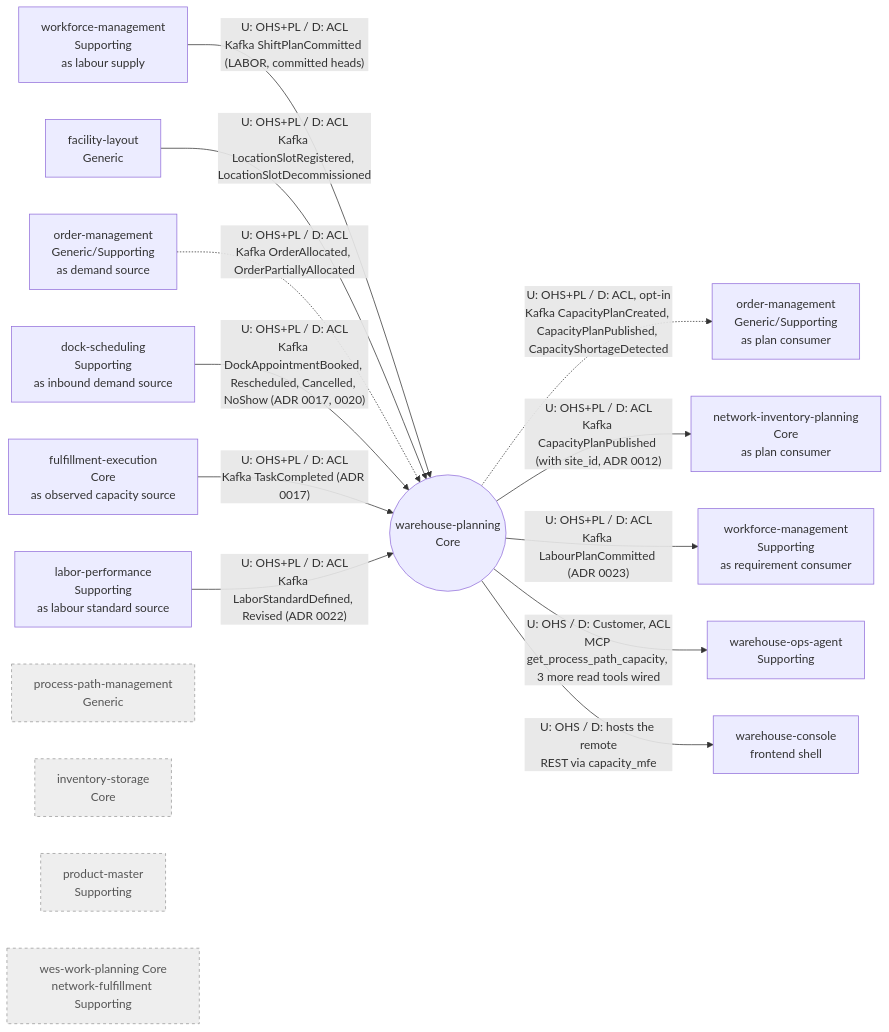
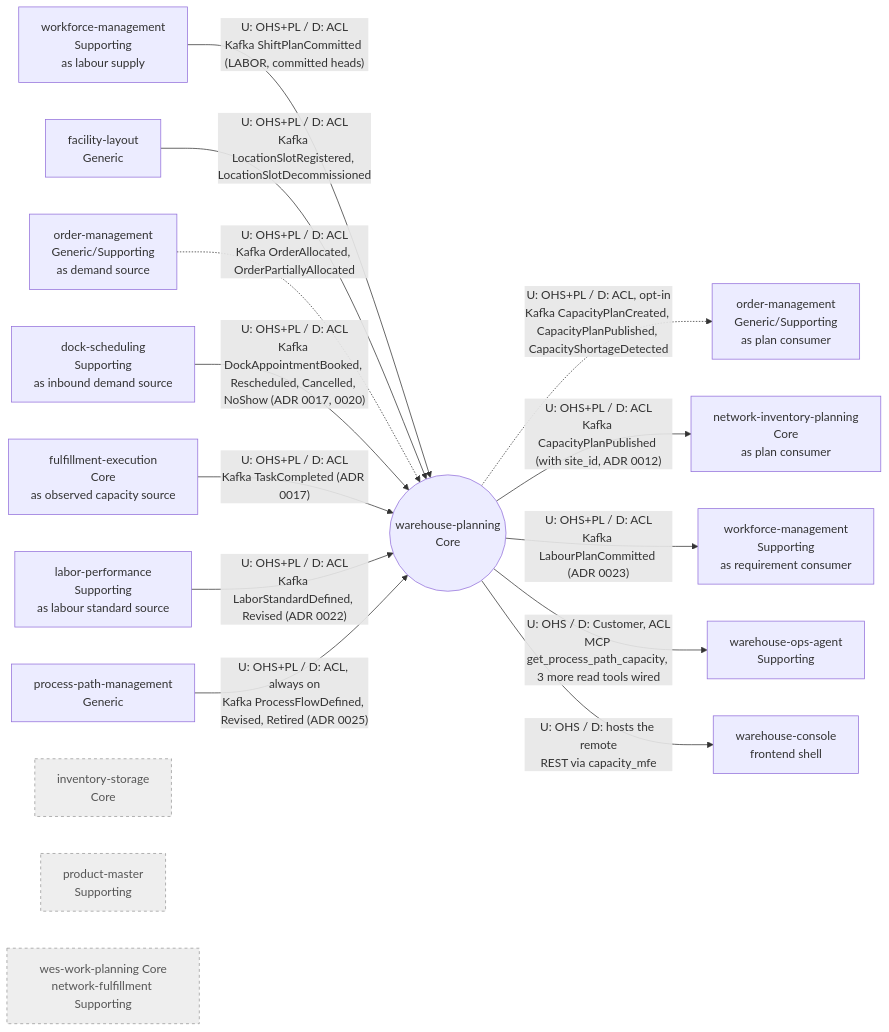
Before and after one commit to IQVO/warehouse-planning: the diagram in docs/docs/ddd/context-map.md, drawn with Mermaid. The commit also changed other lines of this file and 15 other files, not shown here.

First line of the commit message:
docs: the ProcessFlow consumer across README, docs pages and the ADR status notes (ADR 0025)

````diff
--- a/docs/docs/ddd/context-map.md
+++ b/docs/docs/ddd/context-map.md
@@ -16,39 +16,39 @@
 ```mermaid
 flowchart LR
   WP(("warehouse-planning<br/>Core"))
 
   WFM["workforce-management<br/>Supporting<br/>as labour supply"]
   WFMD["workforce-management<br/>Supporting<br/>as requirement consumer"]
   FL["facility-layout<br/>Generic"]
   OMU["order-management<br/>Generic/Supporting<br/>as demand source"]
   OMD["order-management<br/>Generic/Supporting<br/>as plan consumer"]
   DSC["dock-scheduling<br/>Supporting<br/>as inbound demand source"]
   FEX["fulfillment-execution<br/>Core<br/>as observed capacity source"]
   LPF["labor-performance<br/>Supporting<br/>as labour standard source"]
   OPS["warehouse-ops-agent<br/>Supporting"]
   CON["warehouse-console<br/>frontend shell"]
   PPM["process-path-management<br/>Generic"]
   INV["inventory-storage<br/>Core"]
   PM["product-master<br/>Supporting"]
   NIP["network-inventory-planning<br/>Core<br/>as plan consumer"]
   LATER["wes-work-planning Core<br/>network-fulfillment Supporting"]
 
   WFM -- "U: OHS+PL / D: ACL<br/>Kafka ShiftPlanCommitted (LABOR, committed heads)" --> WP
   FL -- "U: OHS+PL / D: ACL<br/>Kafka LocationSlotRegistered, LocationSlotDecommissioned" --> WP
   OMU -. "U: OHS+PL / D: ACL<br/>Kafka OrderAllocated, OrderPartiallyAllocated" .-> WP
   DSC -- "U: OHS+PL / D: ACL<br/>Kafka DockAppointmentBooked, Rescheduled, Cancelled, NoShow (ADR 0017, 0020)" --> WP
   FEX -- "U: OHS+PL / D: ACL<br/>Kafka TaskCompleted (ADR 0017)" --> WP
   LPF -- "U: OHS+PL / D: ACL<br/>Kafka LaborStandardDefined, Revised (ADR 0022)" --> WP
   WP -. "U: OHS+PL / D: ACL, opt-in<br/>Kafka CapacityPlanCreated, CapacityPlanPublished, CapacityShortageDetected" .-> OMD
   WP -- "U: OHS+PL / D: ACL<br/>Kafka CapacityPlanPublished (with site_id, ADR 0012)" --> NIP
   WP -- "U: OHS+PL / D: ACL<br/>Kafka LabourPlanCommitted (ADR 0023)" --> WFMD
   WP -- "U: OHS / D: Customer, ACL<br/>MCP get_process_path_capacity, 3 more read tools wired" --> OPS
   WP -- "U: OHS / D: hosts the remote<br/>REST via capacity_mfe" --> CON
-  PPM ~~~ WP
+  PPM -- "U: OHS+PL / D: ACL, always on<br/>Kafka ProcessFlowDefined, Revised, Retired (ADR 0025)" --> WP
   INV ~~~ WP
   PM ~~~ WP
   LATER ~~~ WP
 
   classDef absent fill:#eeeeee,stroke:#999999,color:#555555,stroke-dasharray: 4 4
-  class PPM,INV,PM,LATER absent
+  class INV,PM,LATER absent
 ```
````
